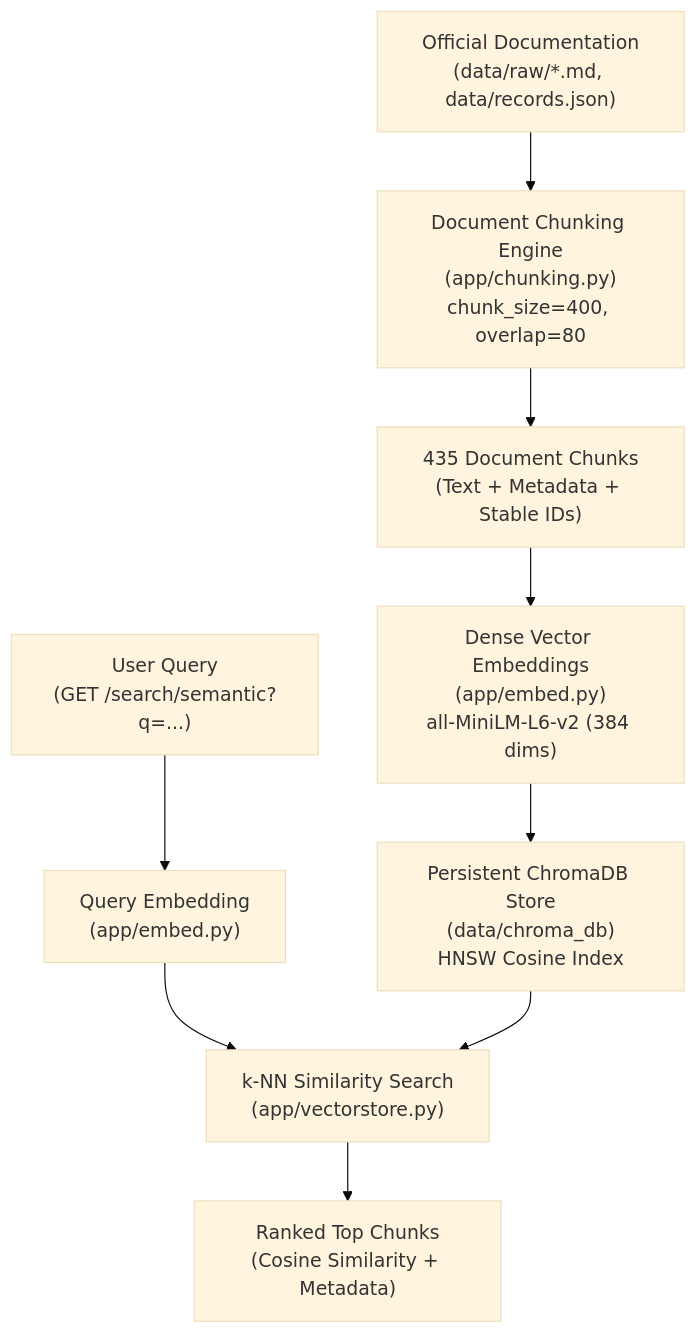
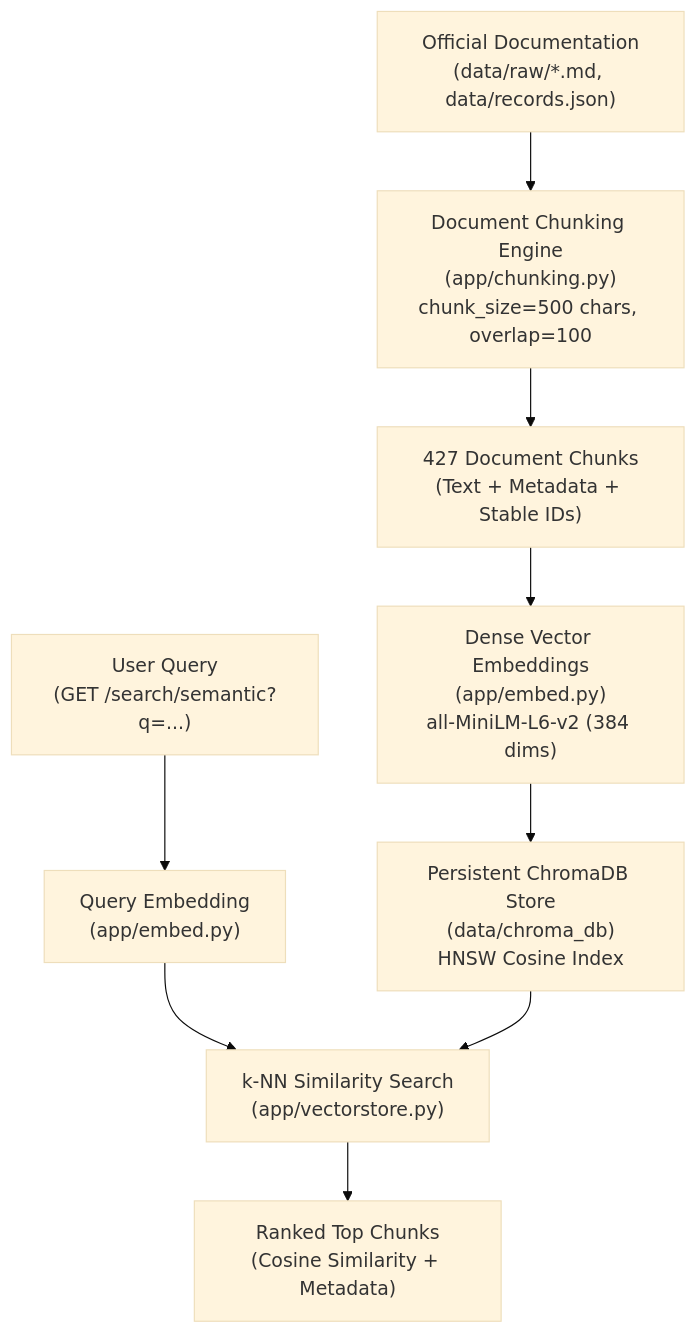
One commit to BhushanC23/GenAI changed the first of 4 diagrams in README.md. Above: the diagram before and after it, drawn with Mermaid (base theme). The commit also changed other lines of this file and 15 other files, not shown here.

````diff
--- a/README.md
+++ b/README.md
@@ -159,11 +162,11 @@
   ```mermaid
   flowchart TD
-    A["Official Documentation<br/>(data/raw/*.md, data/records.json)"] --> B["Document Chunking Engine<br/>(app/chunking.py)<br/>chunk_size=400, overlap=80"]
-    B --> C["435 Document Chunks<br/>(Text + Metadata + Stable IDs)"]
+    A["Official Documentation<br/>(data/raw/*.md, data/records.json)"] --> B["Document Chunking Engine<br/>(app/chunking.py)<br/>chunk_size=500 chars, overlap=100"]
+    B --> C["427 Document Chunks<br/>(Text + Metadata + Stable IDs)"]
     C --> D["Dense Vector Embeddings<br/>(app/embed.py)<br/>all-MiniLM-L6-v2 (384 dims)"]
     D --> E["Persistent ChromaDB Store<br/>(data/chroma_db)<br/>HNSW Cosine Index"]
     F["User Query<br/>(GET /search/semantic?q=...)"] --> G["Query Embedding<br/>(app/embed.py)"]
     G --> H["k-NN Similarity Search<br/>(app/vectorstore.py)"]
     E --> H
     H --> I["Ranked Top Chunks<br/>(Cosine Similarity + Metadata)"]
   ```
````
